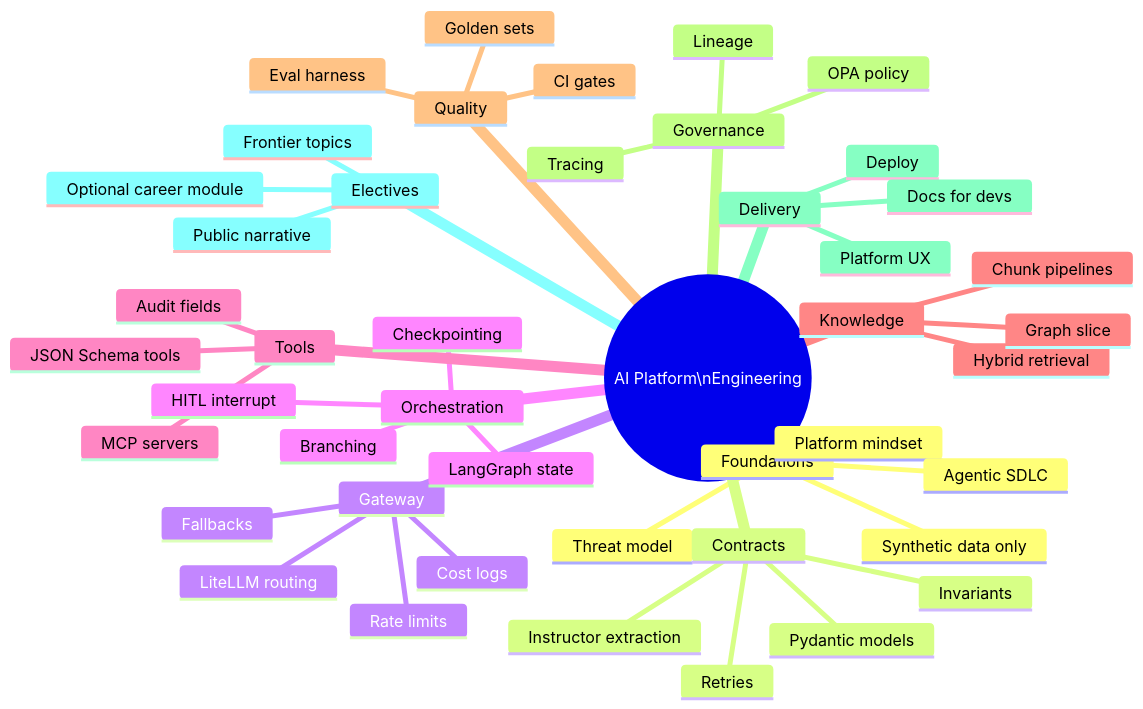
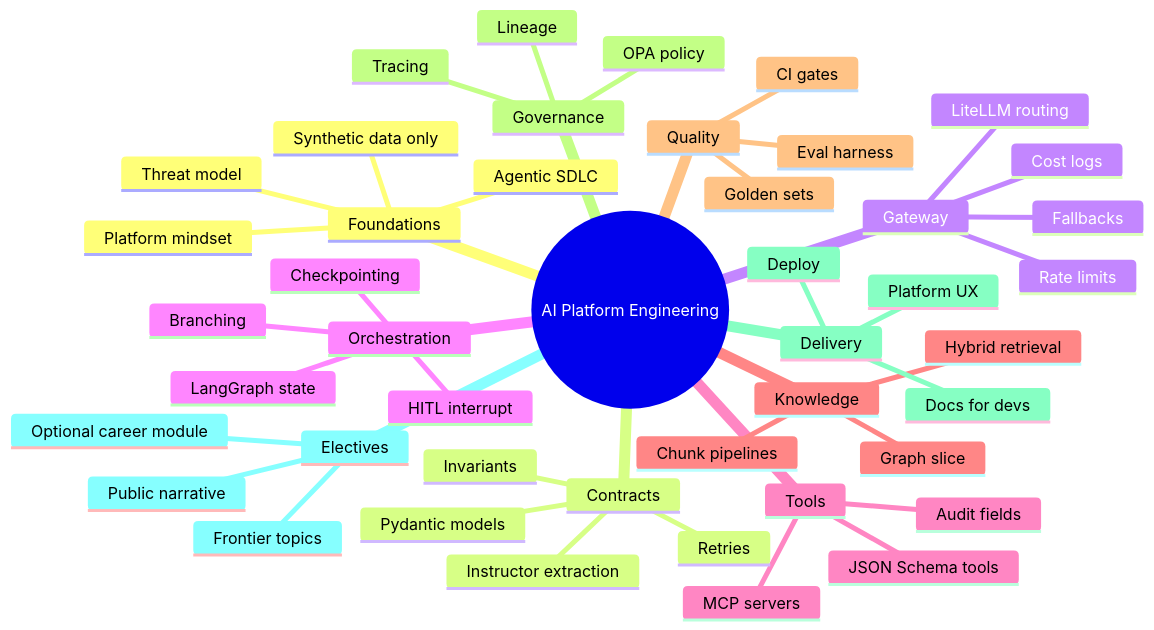
One commit to harishrajoori/ai-engineer-roadmap changed the second of 3 diagrams in docs/AI_Platform_System_Engineer_Program_Brief.md. Above: the diagram before and after it, drawn with Mermaid. The commit also changed other lines of this file and 6 other files, not shown here.

First line of the commit message:
feat(ui): colorful Mermaid diagrams across studio and program brief

````diff
--- a/docs/AI_Platform_System_Engineer_Program_Brief.md
+++ b/docs/AI_Platform_System_Engineer_Program_Brief.md
@@ -195,48 +204,48 @@
 ```mermaid
 mindmap
-  root((AI Platform\nEngineering))
+  root((AI Platform Engineering))
     Foundations
       Platform mindset
       Agentic SDLC
       Threat model
       Synthetic data only
     Contracts
       Pydantic models
       Instructor extraction
       Retries
       Invariants
     Gateway
       LiteLLM routing
       Fallbacks
       Cost logs
       Rate limits
     Orchestration
       LangGraph state
       Branching
       HITL interrupt
       Checkpointing
     Tools
       MCP servers
       JSON Schema tools
       Audit fields
     Knowledge
       Hybrid retrieval
       Chunk pipelines
       Graph slice
     Quality
       Golden sets
       Eval harness
       CI gates
     Governance
       OPA policy
       Tracing
       Lineage
     Delivery
       Deploy
       Platform UX
       Docs for devs
     Electives
       Frontier topics
       Public narrative
       Optional career module
 ```
````
